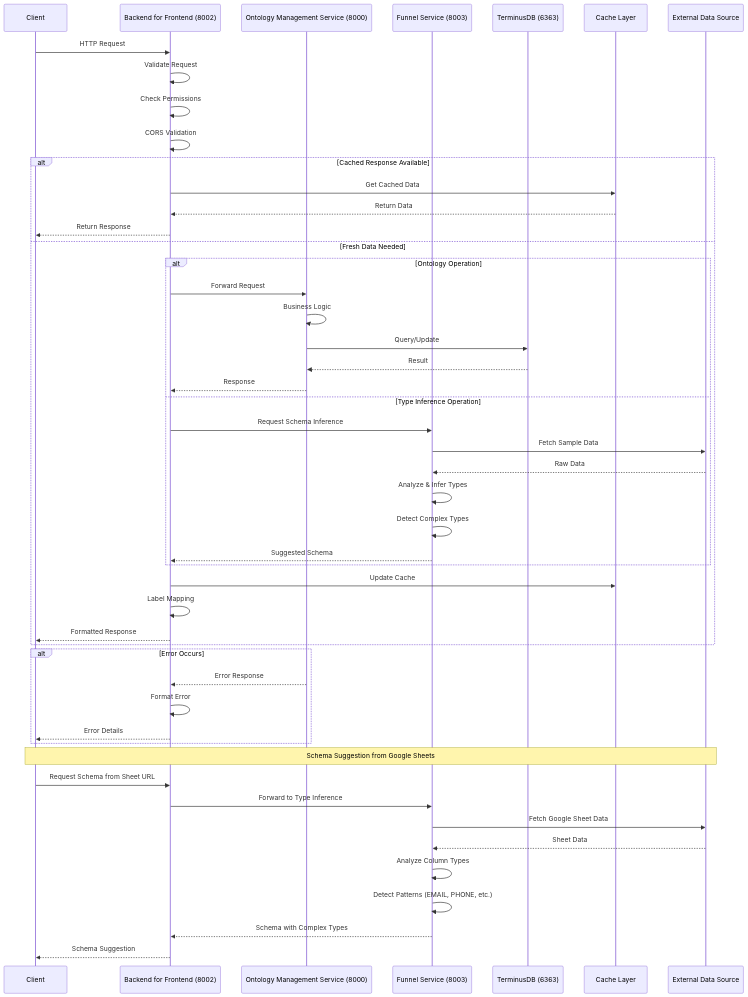
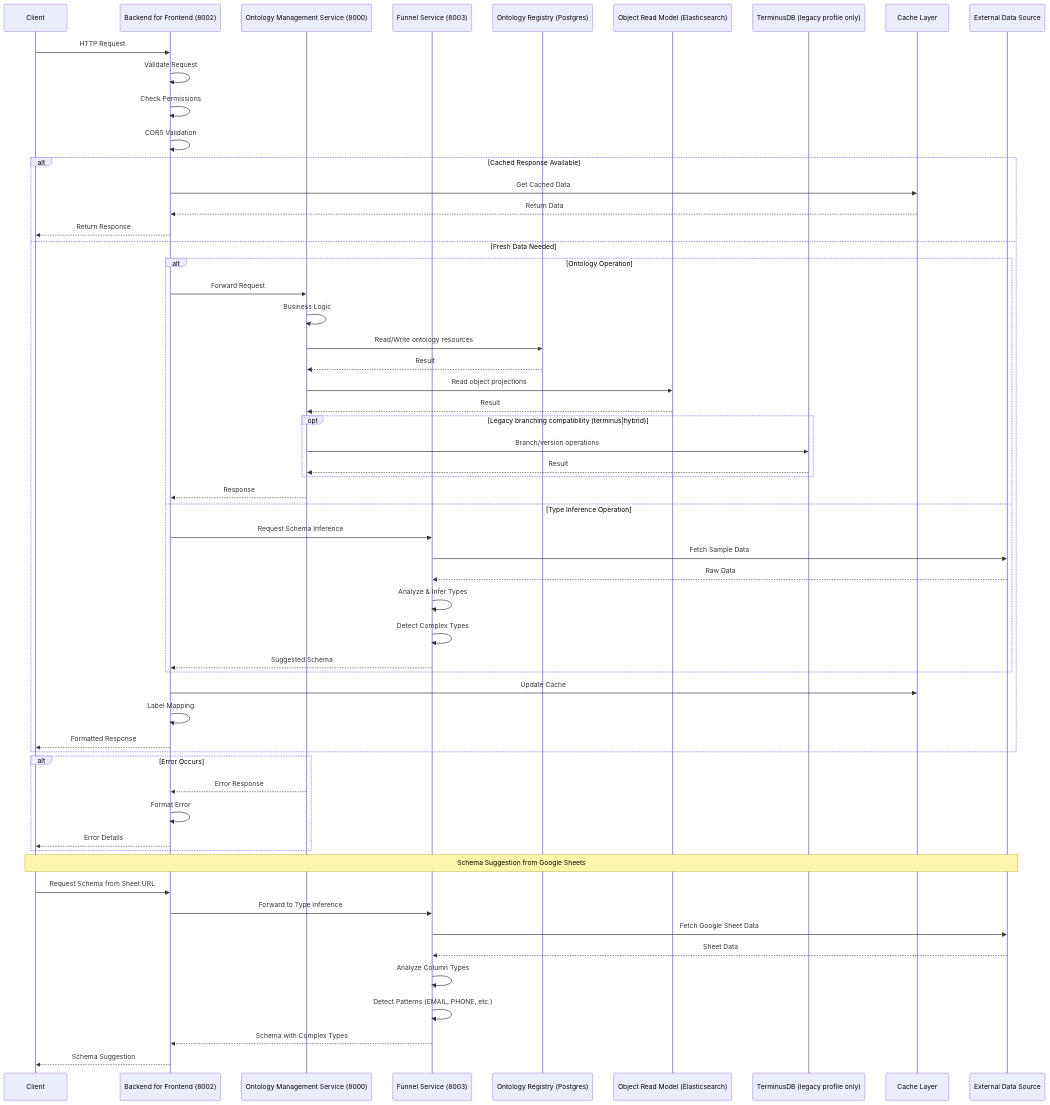
The diagram in docs/architecture/service_interactions.mmd (ludia8888/SPICE-Harvester), drawn with Mermaid before and after one commit. The commit also changed 216 other files, not shown here.

Commit message:
refactor: align ontology layer to Foundry v2 and remove legacy paths

```diff
--- a/docs/architecture/service_interactions.mmd
+++ b/docs/architecture/service_interactions.mmd
@@ -1,59 +1,67 @@
 sequenceDiagram
     %% Service Interaction Flow
-    %% Last Updated: 2025-07-20
+    %% Last Updated: 2026-02-15
     
     participant Client
     participant BFF as Backend for Frontend (8002)
     participant OMS as Ontology Management Service (8000)
     participant Funnel as Funnel Service (8003)
-    participant DB as TerminusDB (6363)
+    participant PG as Ontology Registry (Postgres)
+    participant Search as Object Read Model (Elasticsearch)
+    participant Legacy as TerminusDB (legacy profile only)
     participant Cache as Cache Layer
     participant ExtData as External Data Source
     
     %% Standard Request Flow
     Client->>BFF: HTTP Request
     BFF->>BFF: Validate Request
     BFF->>BFF: Check Permissions
     BFF->>BFF: CORS Validation
     
     alt Cached Response Available
         BFF->>Cache: Get Cached Data
         Cache-->>BFF: Return Data
         BFF-->>Client: Return Response
     else Fresh Data Needed
         alt Ontology Operation
             BFF->>OMS: Forward Request
             OMS->>OMS: Business Logic
-            OMS->>DB: Query/Update
-            DB-->>OMS: Result
+            OMS->>PG: Read/Write ontology resources
+            PG-->>OMS: Result
+            OMS->>Search: Read object projections
+            Search-->>OMS: Result
+            opt Legacy branching compatibility (terminus|hybrid)
+                OMS->>Legacy: Branch/version operations
+                Legacy-->>OMS: Result
+            end
             OMS-->>BFF: Response
         else Type Inference Operation
             BFF->>Funnel: Request Schema Inference
             Funnel->>ExtData: Fetch Sample Data
             ExtData-->>Funnel: Raw Data
             Funnel->>Funnel: Analyze & Infer Types
             Funnel->>Funnel: Detect Complex Types
             Funnel-->>BFF: Suggested Schema
         end
         BFF->>Cache: Update Cache
         BFF->>BFF: Label Mapping
         BFF-->>Client: Formatted Response
     end
     
     %% Error Handling
     alt Error Occurs
         OMS-->>BFF: Error Response
         BFF->>BFF: Format Error
         BFF-->>Client: Error Details
     end
     
     %% Schema Suggestion Flow
     note over Client,ExtData: Schema Suggestion from Google Sheets
     Client->>BFF: Request Schema from Sheet URL
     BFF->>Funnel: Forward to Type Inference
     Funnel->>ExtData: Fetch Google Sheet Data
     ExtData-->>Funnel: Sheet Data
     Funnel->>Funnel: Analyze Column Types
     Funnel->>Funnel: Detect Patterns (EMAIL, PHONE, etc.)
     Funnel-->>BFF: Schema with Complex Types
     BFF-->>Client: Schema Suggestion
```
